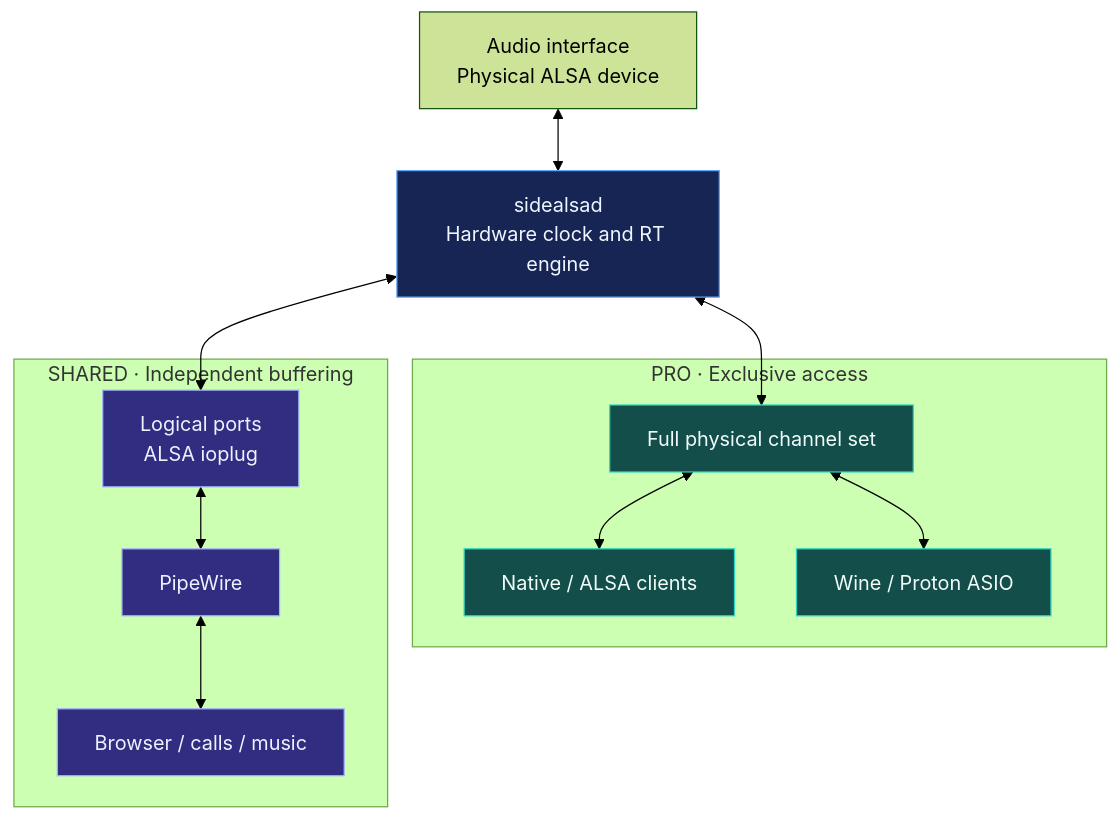
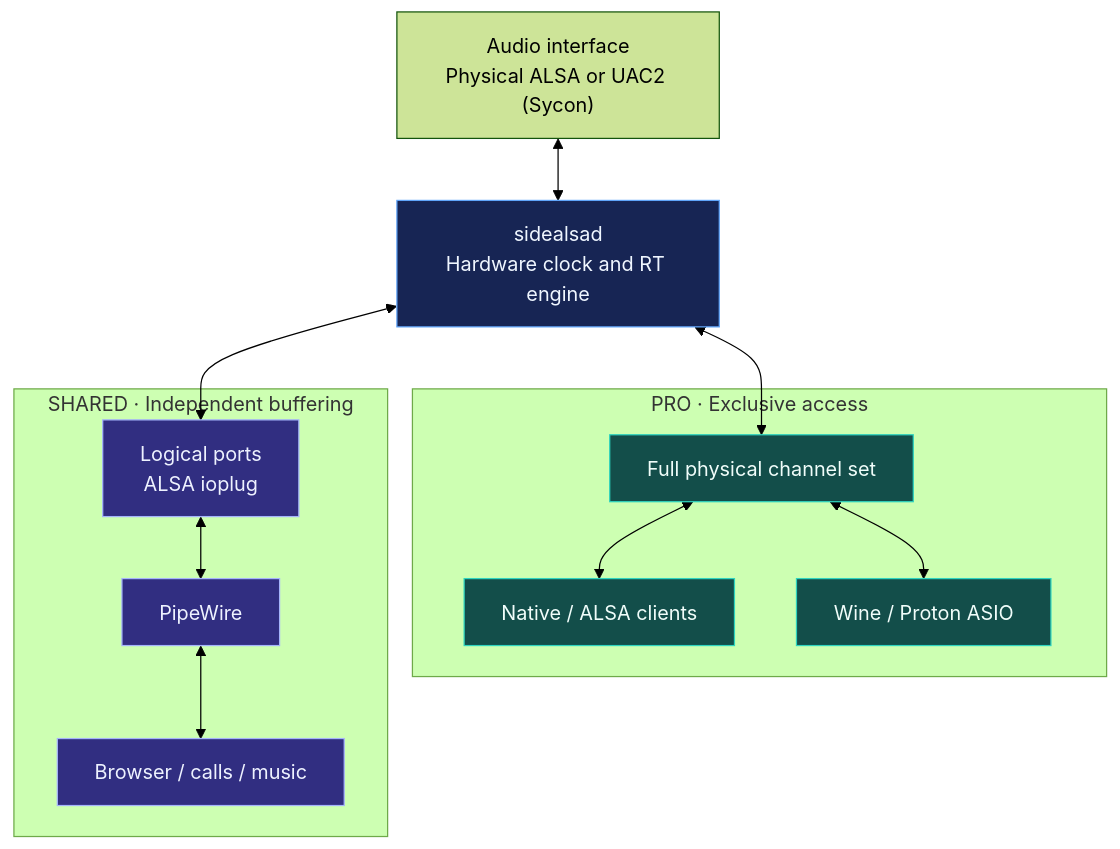
The diagram in README.md (square3ang/SideALSA), drawn with Mermaid (forest theme) before and after one commit. The commit also changed other lines of this file, not shown here.

Commit message:
docs(readme): document Sycon direct UAC2 mode

````diff
--- a/README.md
+++ b/README.md
@@ -19,32 +19,32 @@
 ```mermaid
 flowchart TB
-    hardware["Audio interface<br/>Physical ALSA device"]
+    hardware["Audio interface<br/>Physical ALSA or UAC2 (Sycon)"]
     daemon["sidealsad<br/>Hardware clock and RT engine"]
     hardware <--> daemon
 
     subgraph proDomain["PRO · Exclusive access"]
         pro["Full physical channel set"]
         native["Native / ALSA clients"]
         asio["Wine / Proton ASIO"]
         pro <--> native
         pro <--> asio
     end
 
     subgraph sharedDomain["SHARED · Independent buffering"]
         shared["Logical ports<br/>ALSA ioplug"]
         pipewire["PipeWire"]
         desktop["Browser / calls / music"]
         shared <--> pipewire
         pipewire <--> desktop
     end
 
     daemon <--> pro
     daemon <--> shared
 
     classDef engine fill:#172554,stroke:#60a5fa,color:#eff6ff
     classDef proPath fill:#134e4a,stroke:#2dd4bf,color:#f0fdfa
     classDef sharedPath fill:#312e81,stroke:#a5b4fc,color:#eef2ff
     class daemon engine
     class pro,native,asio proPath
     class shared,pipewire,desktop sharedPath
 ```
````
